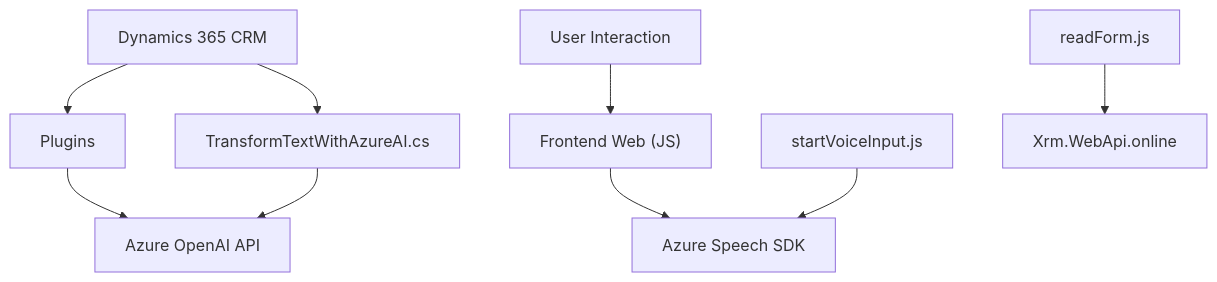
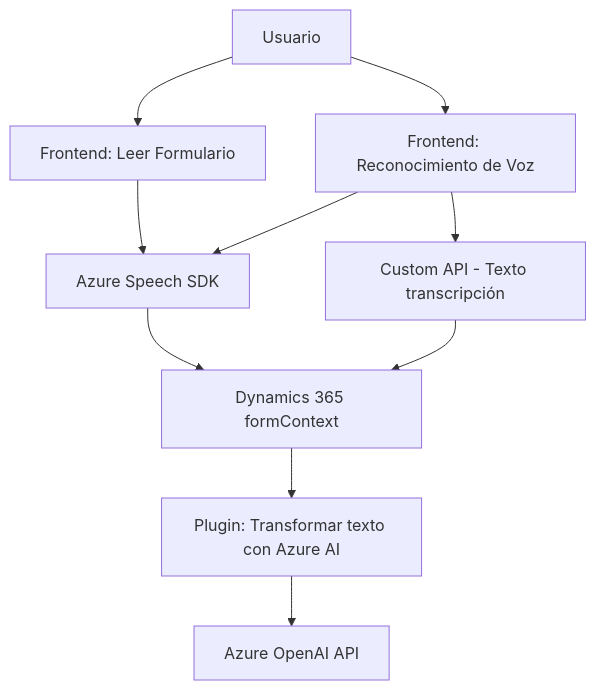
Before and after one commit to blopezdm/NETCORE_BILBAO2025: the diagram in README.md, drawn with Mermaid. The commit also changed other lines of this file, not shown here.

Commit message:
Actualizar análisis global de la solución con IA

````diff
--- a/README.md
+++ b/README.md
@@ -39,22 +33,13 @@
 ```mermaid
 graph TD
-  A["Frontend Web (JS)"]
-  A1["readForm.js"]
-  A2["startVoiceInput.js"]
-  B["Dynamics 365 CRM"]
-  B1["Plugins"]
-  B2["TransformTextWithAzureAI.cs"]
-  B3["Xrm.WebApi.online"]
-  C["Azure Speech SDK"]
-  D["Azure OpenAI API"]
-  E["User Interaction"]
-
-  E --> A
-  A --> C
-  A1 --> B3
-  A2 --> C
-  B --> B1
-  B --> B2
-  B1 --> D
-  B2 --> D
+    StartUser["Usuario"]
+    StartUser --> FrontendVoiceReader["Frontend: Leer Formulario"]
+    StartUser --> FrontendVoiceRecognition["Frontend: Reconocimiento de Voz"]
+    FrontendVoiceReader --> AzureSpeechSDK["Azure Speech SDK"]
+    FrontendVoiceRecognition --> AzureSpeechSDK
+    AzureSpeechSDK --> CRMFormContext["Dynamics 365 formContext"]
+    FrontendVoiceRecognition --> CustomAPI["Custom API - Texto transcripción"]
+    CustomAPI --> CRMFormContext["Dynamics 365 formContext"]
+    CRMFormContext --> BackendPlugin["Plugin: Transformar texto con Azure AI"]
+    BackendPlugin --> AzureOpenAI["Azure OpenAI API"]
 ```
````
